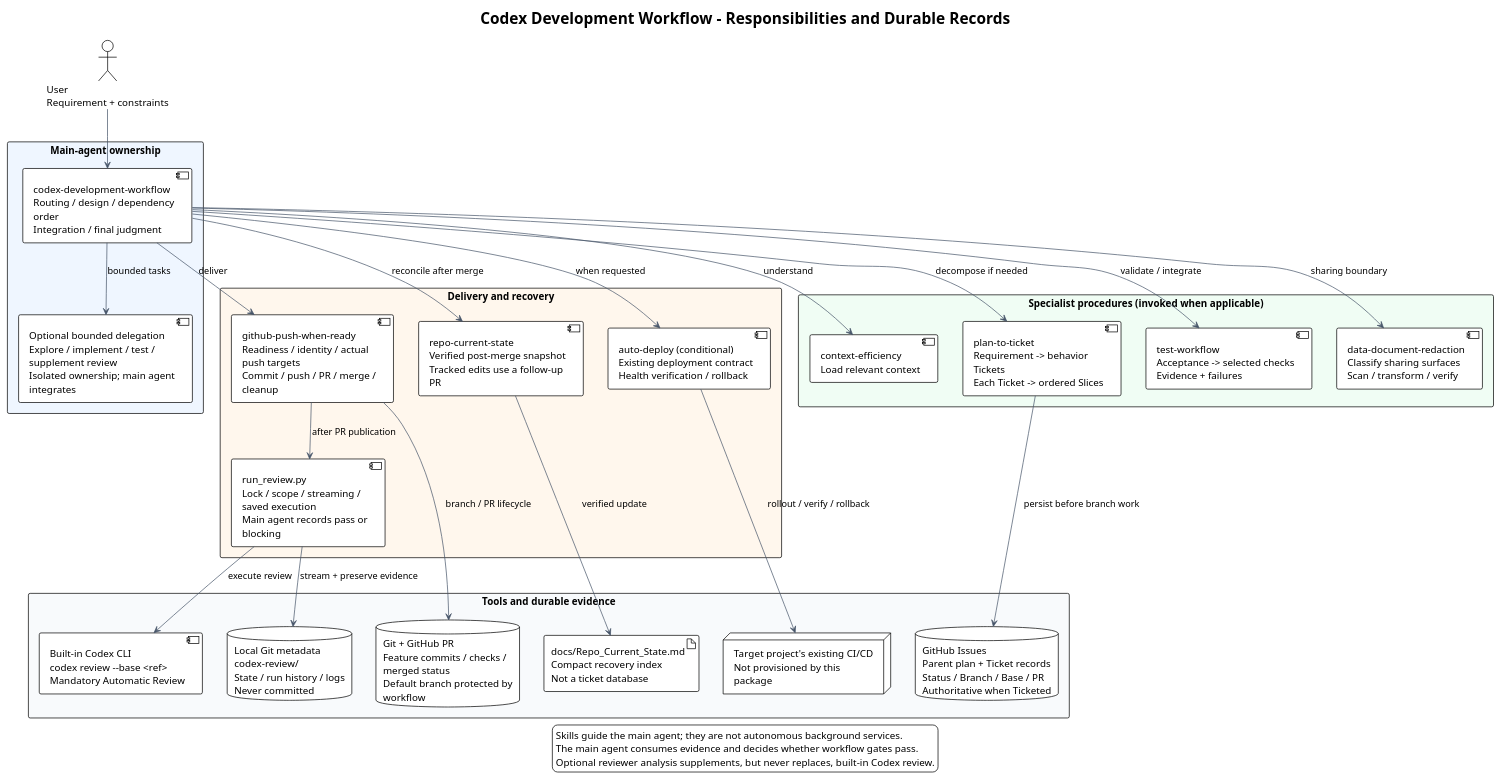
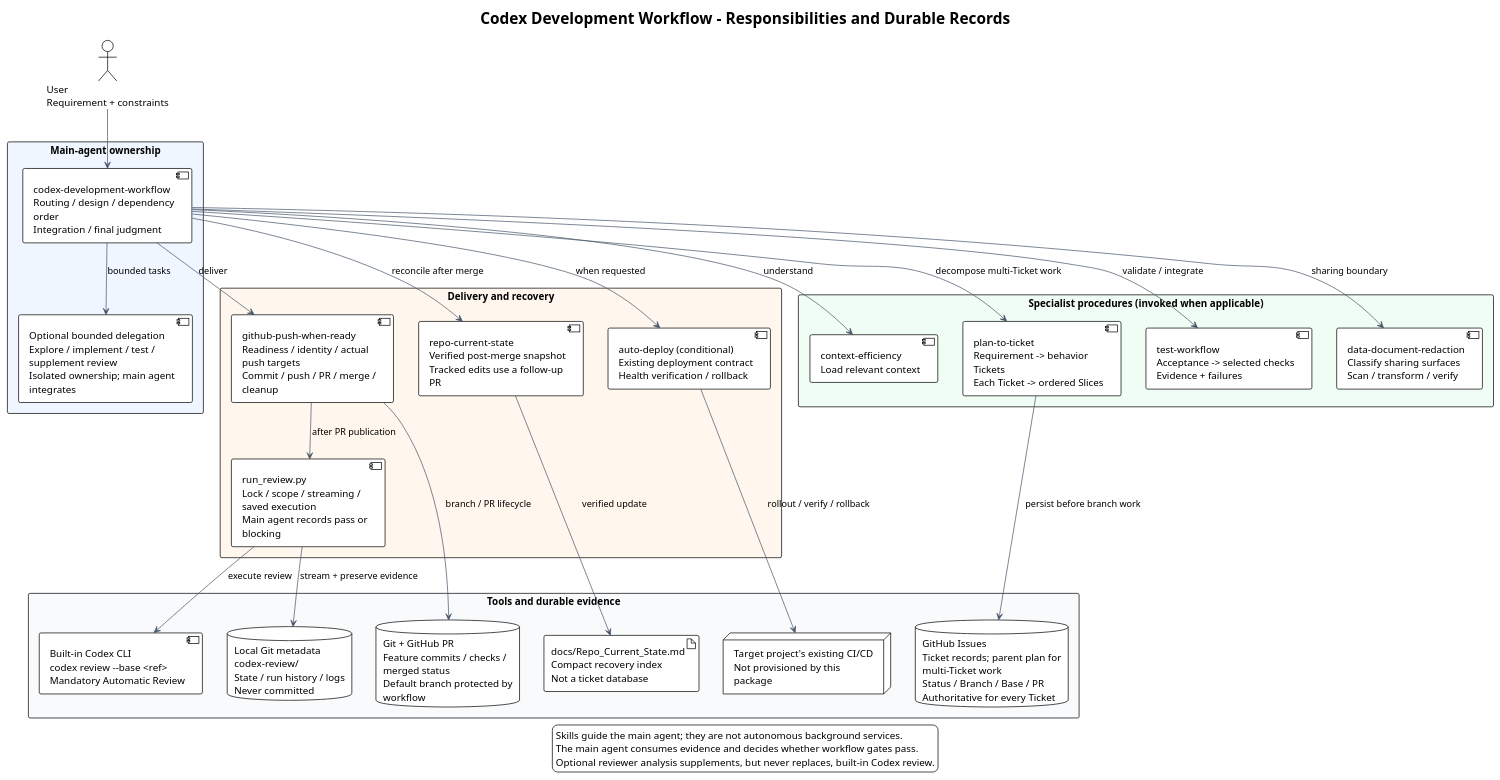
One commit to i-zrhe2016/codex-development-workflow changed the diagram in docs/diagrams/components.puml. Above: the diagram before and after it, drawn with PlantUML. The commit also changed 14 other files, not shown here.

Commit message:
docs(workflow): require a Ticket for every requirement

```diff
--- a/docs/diagrams/components.puml
+++ b/docs/diagrams/components.puml
@@ -1,58 +1,58 @@
 @startuml
 !theme plain
 top to bottom direction
 skinparam defaultFontName Arial
 skinparam shadowing false
 skinparam packageStyle rectangle
 skinparam wrapWidth 210
 skinparam ArrowColor #475569
 title Codex Development Workflow - Responsibilities and Durable Records
 
 actor "User\nRequirement + constraints" as user
 package "Main-agent ownership" #EFF6FF {
   component "codex-development-workflow\nRouting / design / dependency order\nIntegration / final judgment" as main
   component "Optional bounded delegation\nExplore / implement / test / supplement review\nIsolated ownership; main agent integrates" as delegates
 }
 package "Specialist procedures (invoked when applicable)" #F0FDF4 {
   component "context-efficiency\nLoad relevant context" as context
   component "plan-to-ticket\nRequirement -> behavior Tickets\nEach Ticket -> ordered Slices" as plan
   component "test-workflow\nAcceptance -> selected checks\nEvidence + failures" as tests
   component "data-document-redaction\nClassify sharing surfaces\nScan / transform / verify" as redact
 }
 package "Delivery and recovery" #FFF7ED {
   component "github-push-when-ready\nReadiness / identity / actual push targets\nCommit / push / PR / merge / cleanup" as publish
   component "run_review.py\nLock / scope / streaming / saved execution\nMain agent records pass or blocking" as runner
   component "repo-current-state\nVerified post-merge snapshot\nTracked edits use a follow-up PR" as state
   component "auto-deploy (conditional)\nExisting deployment contract\nHealth verification / rollback" as deploy
 }
 package "Tools and durable evidence" #F8FAFC {
-  database "GitHub Issues\nParent plan + Ticket records\nStatus / Branch / Base / PR\nAuthoritative when Ticketed" as issues
+  database "GitHub Issues\nTicket records; parent plan for\nmulti-Ticket work\nStatus / Branch / Base / PR\nAuthoritative for every Ticket" as issues
   database "Git + GitHub PR\nFeature commits / checks / merged status\nDefault branch protected by workflow" as github
   component "Built-in Codex CLI\ncodex review --base <ref>\nMandatory Automatic Review" as cli
   database "Local Git metadata\ncodex-review/\nState / run history / logs\nNever committed" as logs
   artifact "docs/Repo_Current_State.md\nCompact recovery index\nNot a ticket database" as snapshot
   node "Target project's existing CI/CD\nNot provisioned by this package" as cicd
 }
 
 user --> main
 main --> delegates : bounded tasks
 main --> context : understand
-main --> plan : decompose if needed
+main --> plan : decompose multi-Ticket work
 main --> tests : validate / integrate
 main --> redact : sharing boundary
 main --> publish : deliver
 main --> state : reconcile after merge
 main --> deploy : when requested
 plan --> issues : persist before branch work
 publish --> github : branch / PR lifecycle
 publish --> runner : after PR publication
 runner --> cli : execute review
 runner --> logs : stream + preserve evidence
 state --> snapshot : verified update
 deploy --> cicd : rollout / verify / rollback
 legend bottom
 Skills guide the main agent; they are not autonomous background services.
 The main agent consumes evidence and decides whether workflow gates pass.
 Optional reviewer analysis supplements, but never replaces, built-in Codex review.
 endlegend
 @enduml
```
